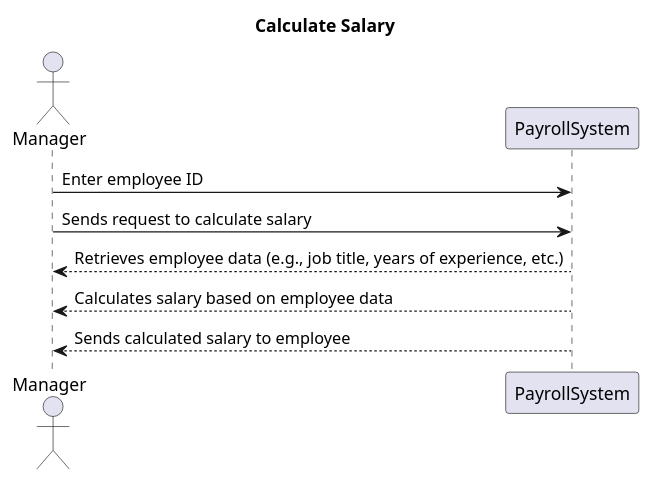
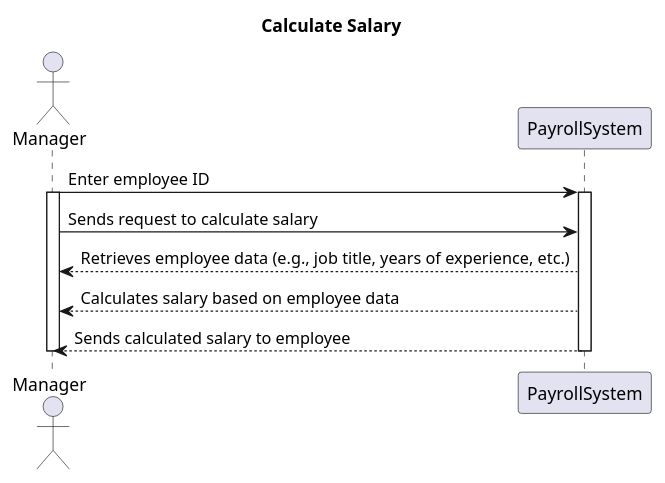
Before and after one commit to baonehe/SE357-Pratice-class: the diagram in Lab1.2/Sequence diagram/Code/Calculate salary.wsd, drawn with PlantUML. The commit also changed 99 other files, not shown here.

Commit message:
Update sequence diagram

```diff
--- a/Lab1.2/Sequence diagram/Code/Calculate salary.wsd
+++ b/Lab1.2/Sequence diagram/Code/Calculate salary.wsd
@@ -1,12 +1,18 @@
 @startuml
-title Calculate Salary 
+title Calculate Salary
 
-Actor Manager
+actor Manager
 participant PayrollSystem
 
-Manager ->PayrollSystem: Enter employee ID
+Manager -> PayrollSystem: Enter employee ID
+activate Manager
+activate PayrollSystem
+
 Manager -> PayrollSystem: Sends request to calculate salary
 PayrollSystem --> Manager: Retrieves employee data (e.g., job title, years of experience, etc.)
 PayrollSystem --> Manager: Calculates salary based on employee data
 PayrollSystem --> Manager: Sends calculated salary to employee
+
+deactivate Manager
+deactivate PayrollSystem
 @enduml
```
